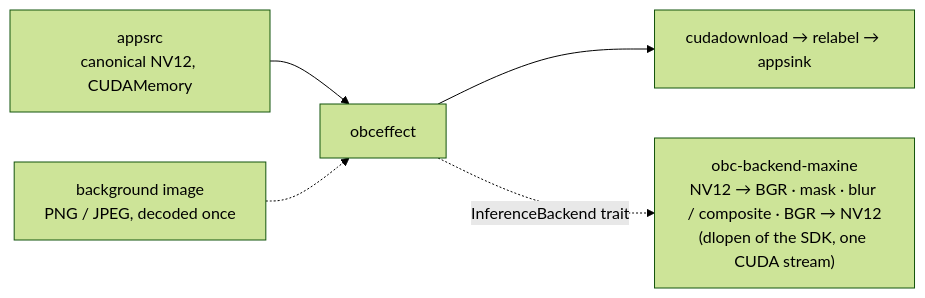
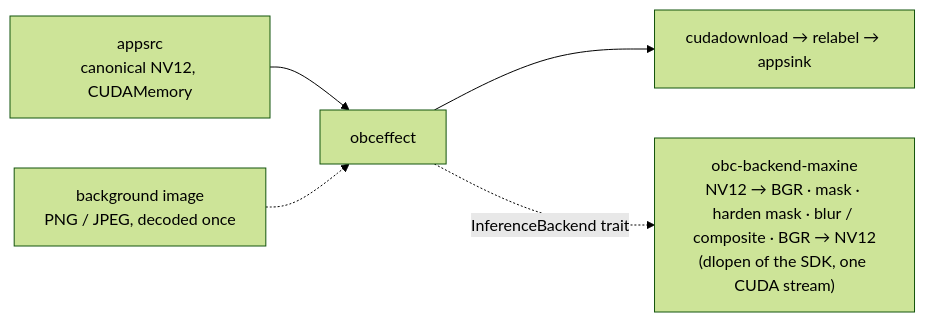
One commit to rsd/omarchy-broadcast changed the fourth of 6 diagrams in docs/architecture.md. Above: the diagram before and after it, drawn with Mermaid (forest theme). The commit also changed other lines of this file and 20 other files, not shown here.

First line of the commit message:
Harden the GreenScreen mask with a CUDA kernel before compositing

````diff
--- a/docs/architecture.md
+++ b/docs/architecture.md
@@ -175,7 +175,7 @@
 ```mermaid
 flowchart LR
     SRC["appsrc<br/>canonical NV12, CUDAMemory"] --> FX["obceffect"]
     FX --> DL["cudadownload → relabel → appsink"]
-    FX -. "InferenceBackend trait" .-> BE["obc-backend-maxine<br/>NV12 → BGR · mask · blur / composite · BGR → NV12<br/>(dlopen of the SDK, one CUDA stream)"]
+    FX -. "InferenceBackend trait" .-> BE["obc-backend-maxine<br/>NV12 → BGR · mask · harden mask · blur / composite · BGR → NV12<br/>(dlopen of the SDK, one CUDA stream)"]
     BG["background image<br/>PNG / JPEG, decoded once"] -.-> FX
 ```
````
